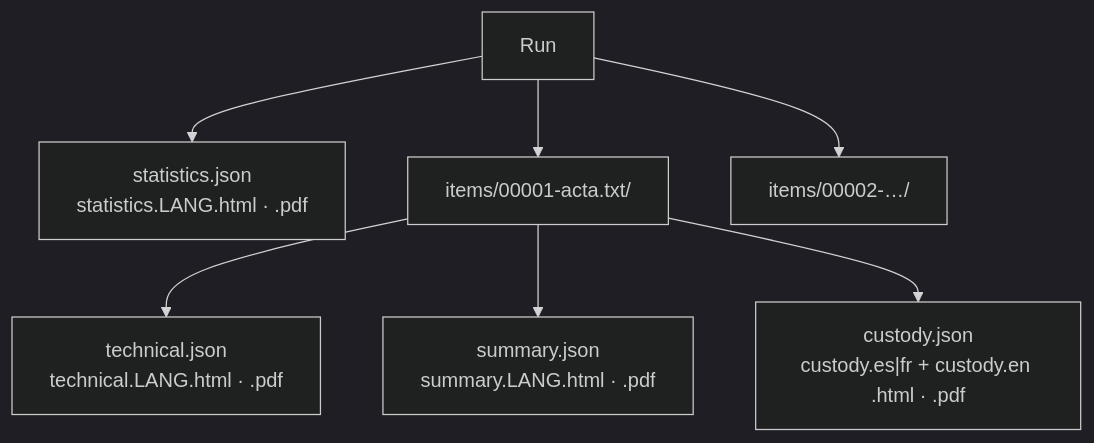
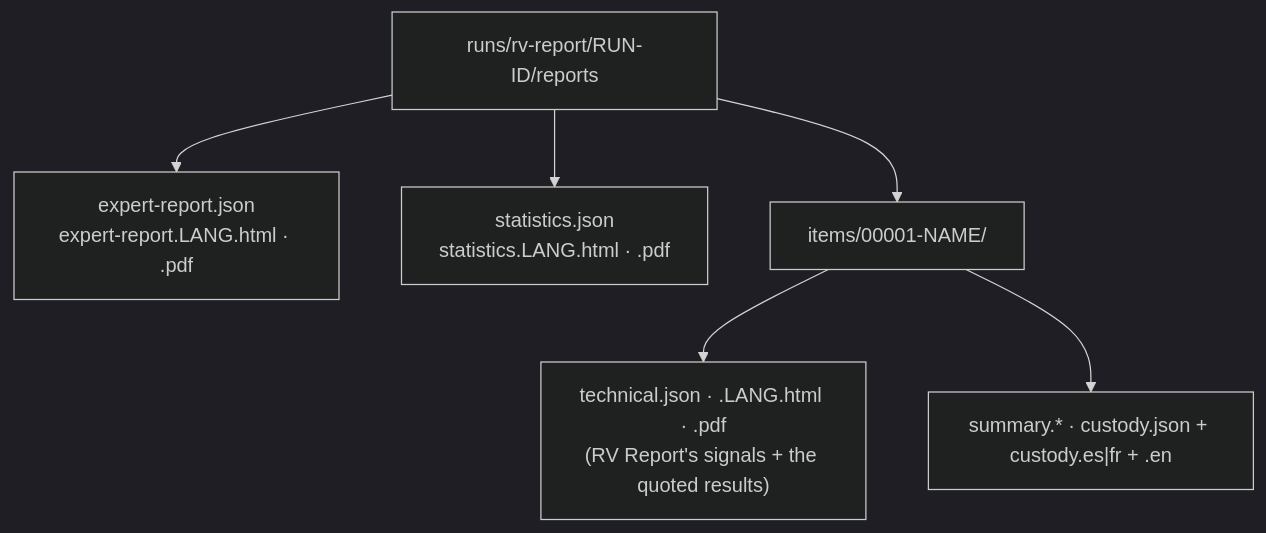
The first of 2 diagrams in docs/reports.md (Panacota96/rv-report), drawn with Mermaid (dark theme) before and after one commit. The commit also changed other lines of this file and 240 other files, not shown here.

First line of the commit message:
feat: RV Report v0.1 — expert report assembled from a verified case (#7)

````diff
--- a/docs/reports.md
+++ b/docs/reports.md
@@ -7,9 +9,8 @@
 ```mermaid
 flowchart TB
-    RUN["Run"] --> S["statistics.json<br/>statistics.LANG.html · .pdf"]
-    RUN --> I1["items/00001-acta.txt/"]
-    RUN --> I2["items/00002-…/"]
-    I1 --> T1["technical.json<br/>technical.LANG.html · .pdf"]
-    I1 --> C1["summary.json<br/>summary.LANG.html · .pdf"]
-    I1 --> K1["custody.json<br/>custody.es|fr + custody.en .html · .pdf"]
+    RUN["runs/rv-report/RUN-ID/reports"] --> E["expert-report.json<br/>expert-report.LANG.html · .pdf"]
+    RUN --> S["statistics.json<br/>statistics.LANG.html · .pdf"]
+    RUN --> I["items/00001-NAME/"]
+    I --> T["technical.json · .LANG.html · .pdf<br/>(RV Report's signals + the quoted results)"]
+    I --> C["summary.* · custody.json + custody.es|fr + .en"]
 ```
````
